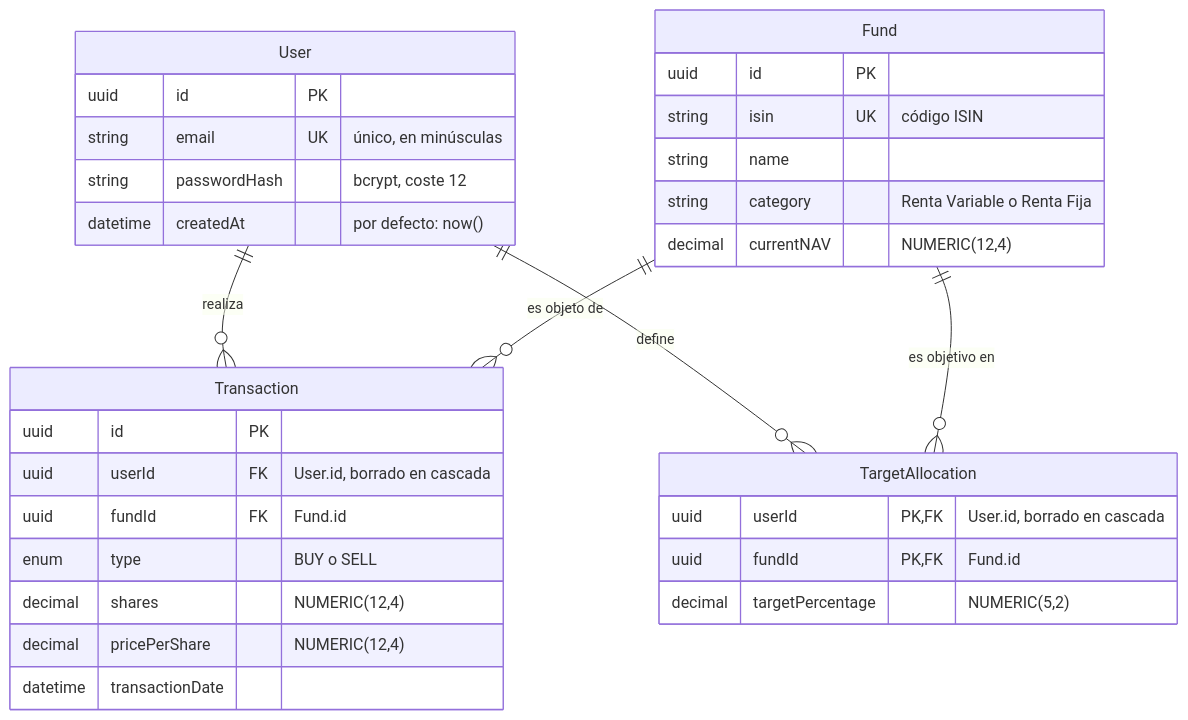
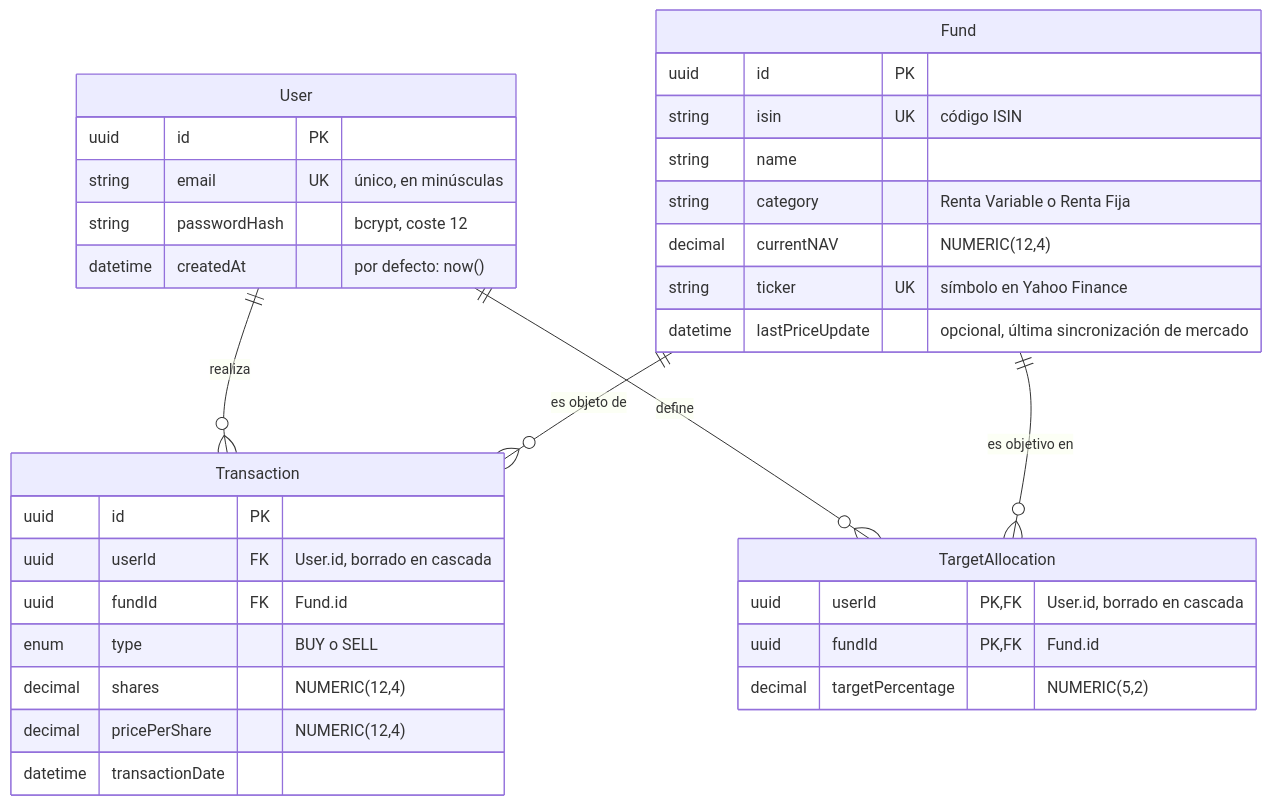
One commit to Dominique691/gestor-carteras changed the fourth of 4 diagrams in DOCUMENTACION_TFM.md. Above: the diagram before and after it, drawn with Mermaid. The commit also changed other lines of this file and 26 other files, not shown here.

First line of the commit message:
Integra datos de mercado reales (Yahoo Finance) y limita el catálogo a ETF

````diff
--- a/DOCUMENTACION_TFM.md
+++ b/DOCUMENTACION_TFM.md
@@ -103,38 +162,40 @@
 ```mermaid
 erDiagram
     User ||--o{ Transaction : "realiza"
     Fund ||--o{ Transaction : "es objeto de"
     User ||--o{ TargetAllocation : "define"
     Fund ||--o{ TargetAllocation : "es objetivo en"
 
     User {
         uuid id PK
         string email UK "único, en minúsculas"
         string passwordHash "bcrypt, coste 12"
         datetime createdAt "por defecto: now()"
     }
 
     Fund {
         uuid id PK
         string isin UK "código ISIN"
         string name
         string category "Renta Variable o Renta Fija"
         decimal currentNAV "NUMERIC(12,4)"
+        string ticker UK "símbolo en Yahoo Finance"
+        datetime lastPriceUpdate "opcional, última sincronización de mercado"
     }
 
     Transaction {
         uuid id PK
         uuid userId FK "User.id, borrado en cascada"
         uuid fundId FK "Fund.id"
         enum type "BUY o SELL"
         decimal shares "NUMERIC(12,4)"
         decimal pricePerShare "NUMERIC(12,4)"
         datetime transactionDate
     }
 
     TargetAllocation {
         uuid userId PK, FK "User.id, borrado en cascada"
         uuid fundId PK, FK "Fund.id"
         decimal targetPercentage "NUMERIC(5,2)"
     }
 ```
````
